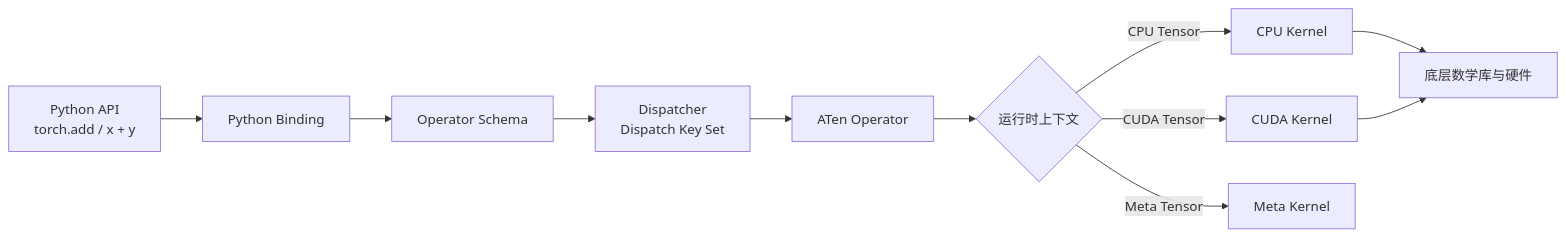
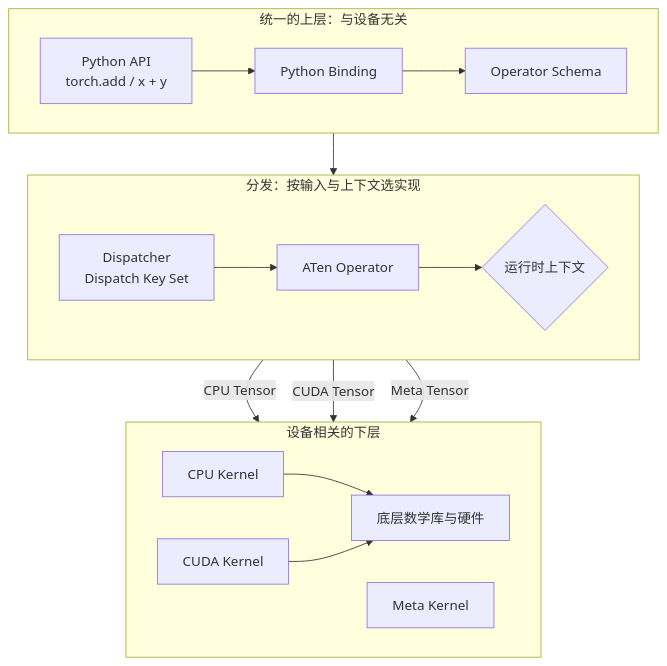
The second of 5 diagrams in _posts/2026-02-17-pytorch-overall-introduction.md (arganzheng/arganzheng.github.com), drawn with Mermaid before and after one commit. The commit also changed other lines of this file and 10 other files, not shown here.

````diff
--- a/_posts/2026-02-17-pytorch-overall-introduction.md
+++ b/_posts/2026-02-17-pytorch-overall-introduction.md
@@ -544,20 +544,21 @@
 ```mermaid
-flowchart LR
-    A[Python API<br/>torch.add / x + y]
-    B[Python Binding]
-    C[Operator Schema]
-    D[Dispatcher<br/>Dispatch Key Set]
-    E[ATen Operator]
-    F{运行时上下文}
-    G[CPU Kernel]
-    H[CUDA Kernel]
-    I[Meta Kernel]
-    J[底层数学库与硬件]
-
-    A --> B --> C --> D --> E --> F
+flowchart TB
+    subgraph UP["统一的上层：与设备无关"]
+        direction LR
+        A[Python API<br/>torch.add / x + y] --> B[Python Binding] --> C[Operator Schema]
+    end
+    subgraph MID["分发：按输入与上下文选实现"]
+        direction LR
+        D[Dispatcher<br/>Dispatch Key Set] --> E[ATen Operator] --> F{运行时上下文}
+    end
+    subgraph LOW["设备相关的下层"]
+        direction LR
+        G[CPU Kernel] --> J[底层数学库与硬件]
+        H[CUDA Kernel] --> J
+        I[Meta Kernel]
+    end
+    C --> D
     F -->|CPU Tensor| G
     F -->|CUDA Tensor| H
     F -->|Meta Tensor| I
-    G --> J
-    H --> J
 ```
````
